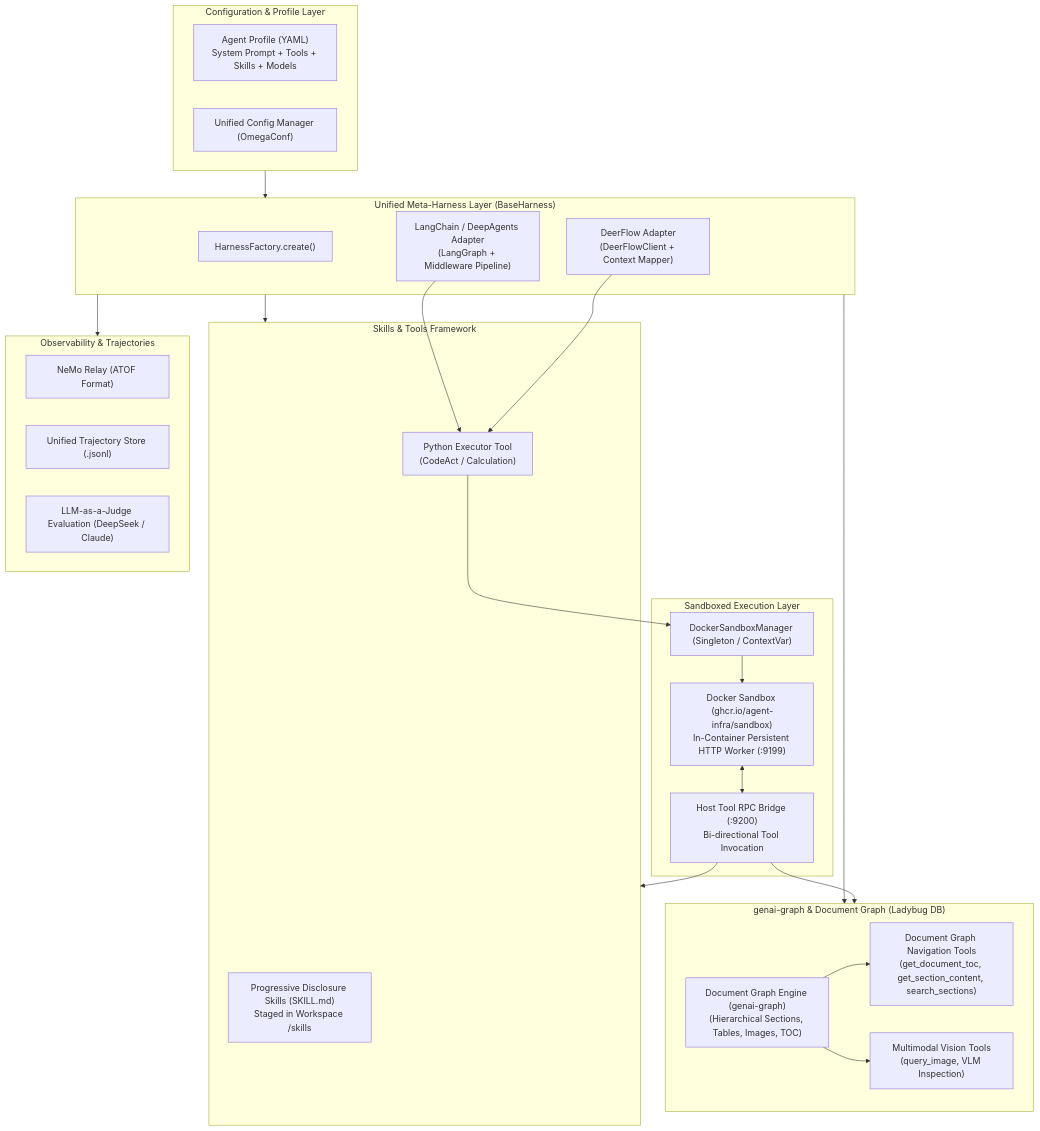
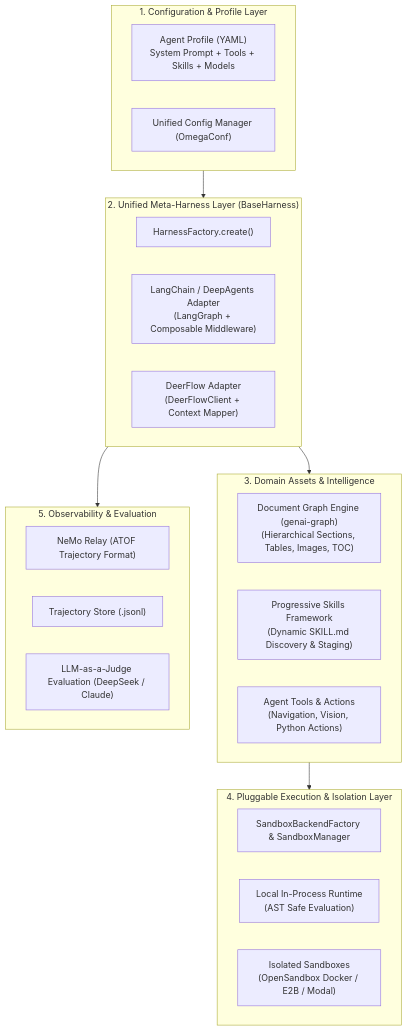
Before and after one commit to tclatos/genai-tk: the first of 4 diagrams in docs/design/deerflow_architecture_and_benchmarks.md, drawn with Mermaid. The commit also changed other lines of this file and 15 other files, not shown here.

Commit message:
feat(sandbox): decouple sandbox factory, protocol, and python executors; simplify architecture docs

````diff
--- a/docs/design/deerflow_architecture_and_benchmarks.md
+++ b/docs/design/deerflow_architecture_and_benchmarks.md
@@ -22,50 +22,36 @@
 ```mermaid
 flowchart TD
-    subgraph ConfigLayer["Configuration & Profile Layer"]
+    subgraph ConfigLayer["1. Configuration & Profile Layer"]
         YAML["Agent Profile (YAML)<br/>System Prompt + Tools + Skills + Models"]
         ConfigMngr["Unified Config Manager (OmegaConf)"]
     end
 
-    subgraph MetaHarness["Unified Meta-Harness Layer (BaseHarness)"]
+    subgraph MetaHarness["2. Unified Meta-Harness Layer (BaseHarness)"]
         HarnessFactory["HarnessFactory.create()"]
-        LangChainAdapter["LangChain / DeepAgents Adapter<br/>(LangGraph + Middleware Pipeline)"]
+        LangChainAdapter["LangChain / DeepAgents Adapter<br/>(LangGraph + Composable Middleware)"]
         DeerFlowAdapter["DeerFlow Adapter<br/>(DeerFlowClient + Context Mapper)"]
     end
 
-    subgraph GenAIGraphLayer["genai-graph & Document Graph (Ladybug DB)"]
+    subgraph DomainLayer["3. Domain Assets & Intelligence"]
         DocGraph["Document Graph Engine (genai-graph)<br/>(Hierarchical Sections, Tables, Images, TOC)"]
-        DocGraphTools["Document Graph Navigation Tools<br/>(get_document_toc, get_section_content, search_sections)"]
-        VisionTools["Multimodal Vision Tools<br/>(query_image, VLM Inspection)"]
+        SkillRegistry["Progressive Skills Framework<br/>(Dynamic SKILL.md Discovery & Staging)"]
+        ToolRegistry["Agent Tools & Actions<br/>(Navigation, Vision, Python Actions)"]
     end
 
-    subgraph SkillsAndTools["Skills & Tools Framework"]
-        SkillRegistry["Progressive Disclosure Skills (SKILL.md)<br/>Staged in Workspace /skills"]
-        PyTool["Python Executor Tool<br/>(CodeAct / Calculation)"]
+    subgraph ExecutionLayer["4. Pluggable Execution & Isolation Layer"]
+        SandboxFactory["SandboxBackendFactory & SandboxManager"]
+        LocalExec["Local In-Process Runtime<br/>(AST Safe Evaluation)"]
+        ContainerExec["Isolated Sandboxes<br/>(OpenSandbox Docker / E2B / Modal)"]
     end
 
-    subgraph ExecutionLayer["Sandboxed Execution Layer"]
-        SandboxMgr["DockerSandboxManager (Singleton / ContextVar)"]
-        DockerContainer["Docker Sandbox (ghcr.io/agent-infra/sandbox)<br/>In-Container Persistent HTTP Worker (:9199)"]
-        HostBridge["Host Tool RPC Bridge (:9200)<br/>Bi-directional Tool Invocation"]
-    end
-
-    subgraph ObservabilityLayer["Observability & Trajectories"]
-        NeMoRelay["NeMo Relay (ATOF Format)"]
-        TraceStore["Unified Trajectory Store (.jsonl)"]
+    subgraph ObservabilityLayer["5. Observability & Evaluation"]
+        NeMoRelay["NeMo Relay (ATOF Trajectory Format)"]
+        TraceStore["Trajectory Store (.jsonl)"]
         Judges["LLM-as-a-Judge Evaluation (DeepSeek / Claude)"]
     end
 
     ConfigLayer --> MetaHarness
-    MetaHarness --> SkillsAndTools
-    MetaHarness --> GenAIGraphLayer
-    DocGraph --> DocGraphTools
-    DocGraph --> VisionTools
-    LangChainAdapter --> PyTool
-    DeerFlowAdapter --> PyTool
-    PyTool --> SandboxMgr
-    SandboxMgr --> DockerContainer
-    DockerContainer <--> HostBridge
-    HostBridge --> SkillsAndTools
-    HostBridge --> GenAIGraphLayer
+    MetaHarness --> DomainLayer
+    DomainLayer --> ExecutionLayer
     MetaHarness --> ObservabilityLayer
 ```
````
